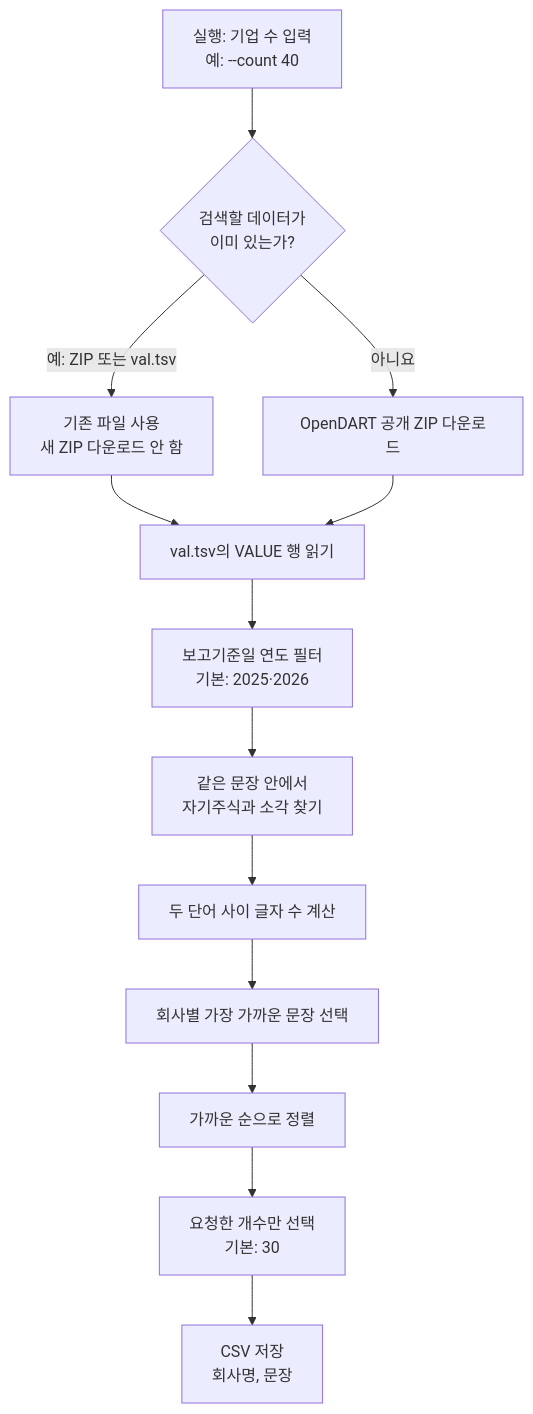
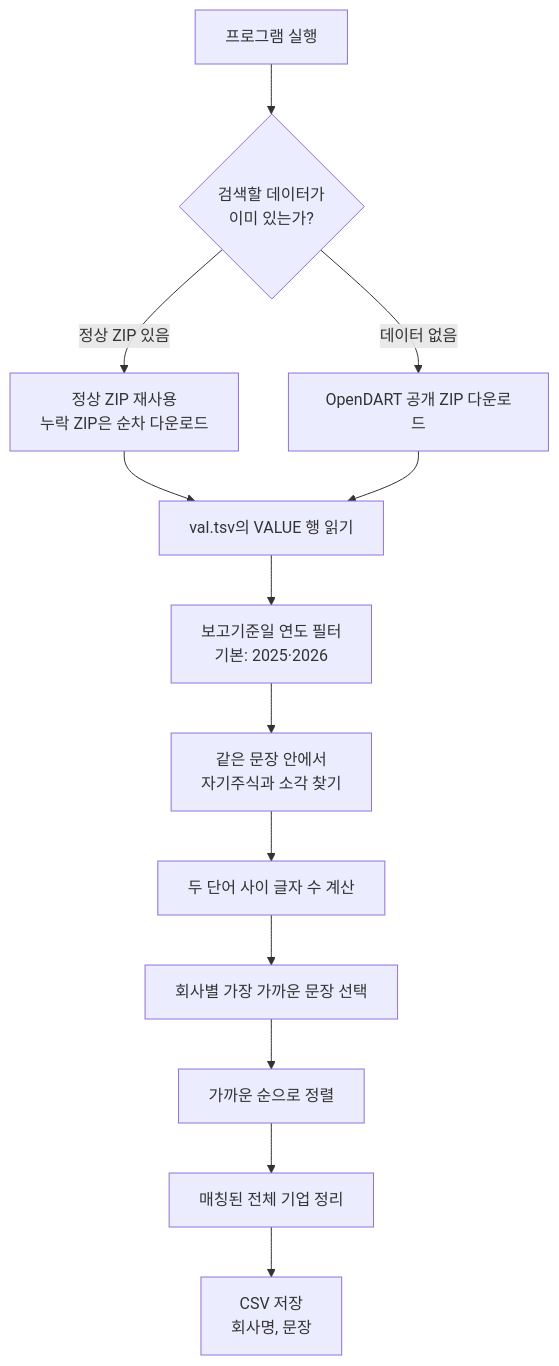
The diagram in docs/검색_과정_안내.md (sskskfskfj/extractor), drawn with Mermaid before and after one commit. The commit also changed other lines of this file and 9 other files, not shown here.

````diff
--- a/docs/검색_과정_안내.md
+++ b/docs/검색_과정_안내.md
@@ -7,15 +7,15 @@
 ```mermaid
 flowchart TD
-    A[실행: 기업 수 입력<br/>예: --count 40] --> B{검색할 데이터가<br/>이미 있는가?}
-    B -- 예: ZIP 또는 val.tsv --> C[기존 파일 사용<br/>새 ZIP 다운로드 안 함]
-    B -- 아니요 --> D[OpenDART 공개 ZIP 다운로드]
+    A[프로그램 실행] --> B{검색할 데이터가<br/>이미 있는가?}
+    B -- 정상 ZIP 있음 --> C[정상 ZIP 재사용<br/>누락 ZIP은 순차 다운로드]
+    B -- 데이터 없음 --> D[OpenDART 공개 ZIP 다운로드]
     C --> E[val.tsv의 VALUE 행 읽기]
     D --> E
     E --> F[보고기준일 연도 필터<br/>기본: 2025·2026]
     F --> G[같은 문장 안에서<br/>자기주식과 소각 찾기]
     G --> H[두 단어 사이 글자 수 계산]
     H --> I[회사별 가장 가까운 문장 선택]
     I --> J[가까운 순으로 정렬]
-    J --> K[요청한 개수만 선택<br/>기본: 30]
+    J --> K[매칭된 전체 기업 정리]
     K --> L[CSV 저장<br/>회사명, 문장]
 ```
````
